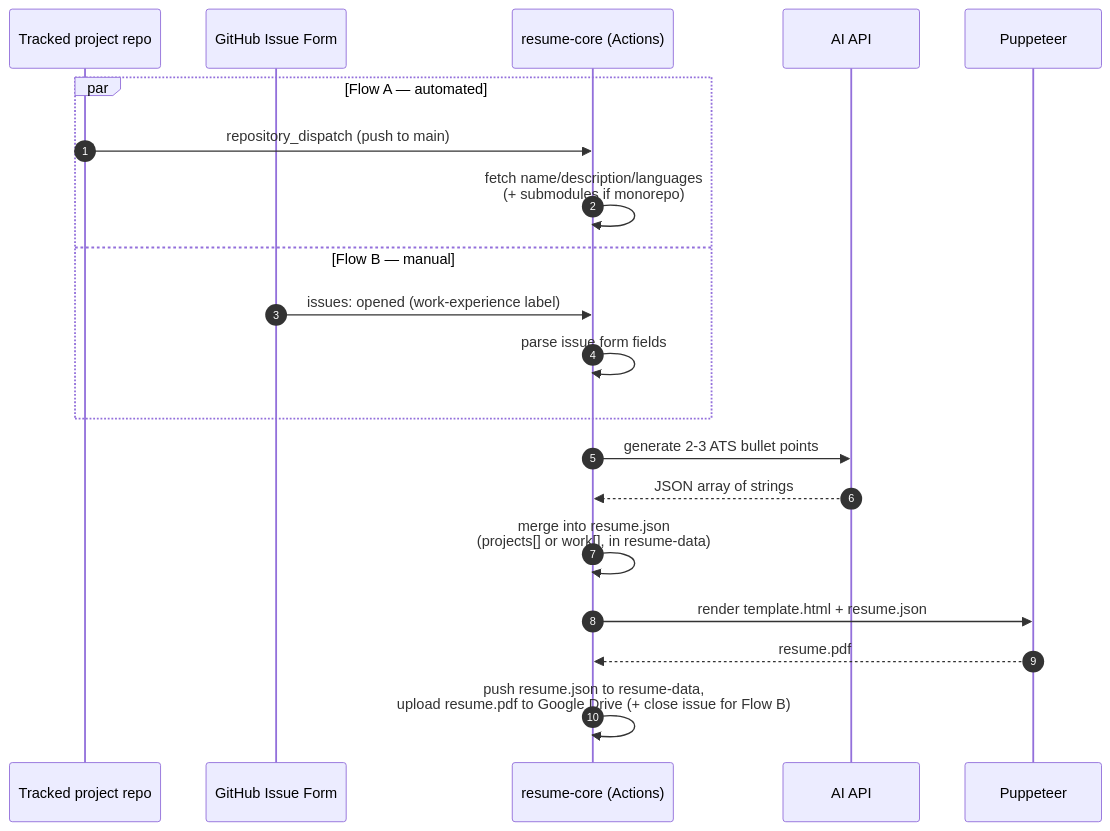
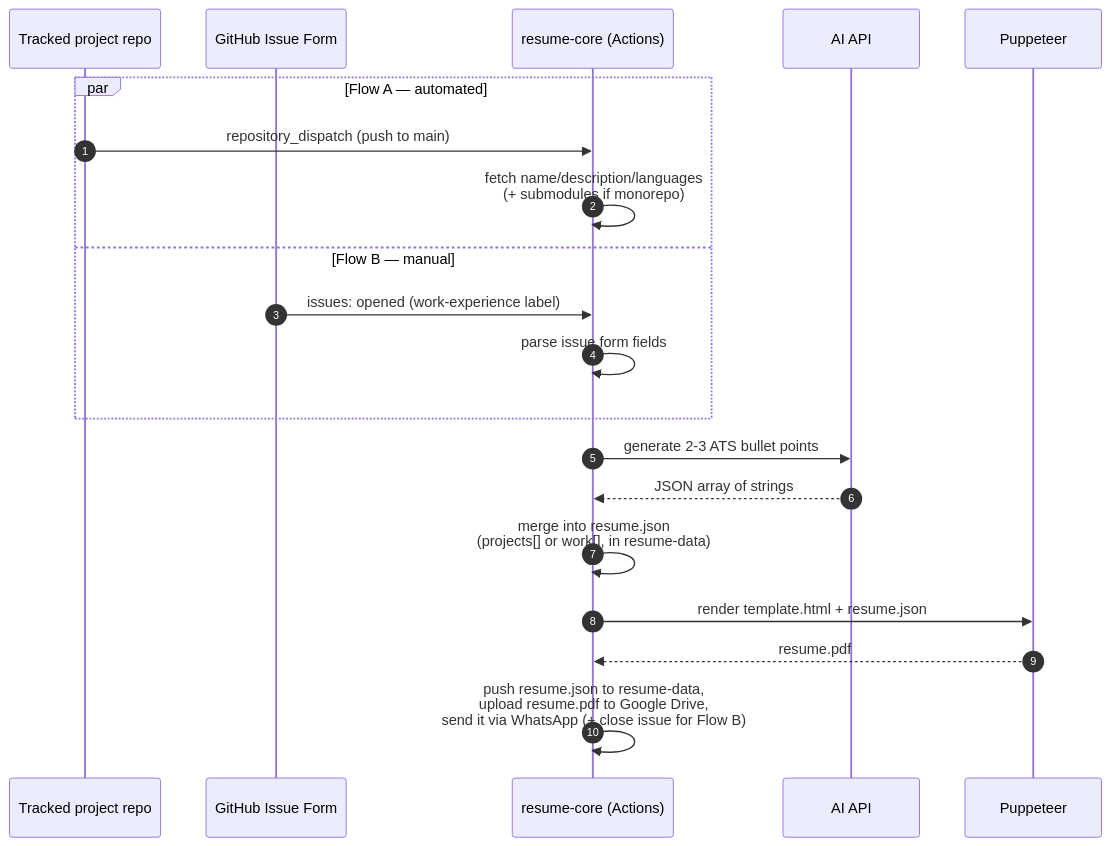
The diagram in README.md (ChamathDilshanC/resume-core), drawn with Mermaid before and after one commit. The commit also changed other lines of this file and 5 other files, not shown here.

First line of the commit message:
feat: send resume.pdf via WhatsApp on every pipeline run

````diff
--- a/README.md
+++ b/README.md
@@ -38,23 +38,23 @@
 ```mermaid
 sequenceDiagram
     autonumber
     participant Repo as Tracked project repo
     participant Issue as GitHub Issue Form
     participant Core as resume-core (Actions)
     participant AI as AI API
     participant PDF as Puppeteer
 
     par Flow A — automated
         Repo->>Core: repository_dispatch (push to main)
         Core->>Core: fetch name/description/languages<br/>(+ submodules if monorepo)
     and Flow B — manual
         Issue->>Core: issues: opened (work-experience label)
         Core->>Core: parse issue form fields
     end
     Core->>AI: generate 2-3 ATS bullet points
     AI-->>Core: JSON array of strings
     Core->>Core: merge into resume.json<br/>(projects[] or work[], in resume-data)
     Core->>PDF: render template.html + resume.json
     PDF-->>Core: resume.pdf
-    Core->>Core: push resume.json to resume-data,<br/>upload resume.pdf to Google Drive (+ close issue for Flow B)
+    Core->>Core: push resume.json to resume-data,<br/>upload resume.pdf to Google Drive,<br/>send it via WhatsApp (+ close issue for Flow B)
 ```
````
